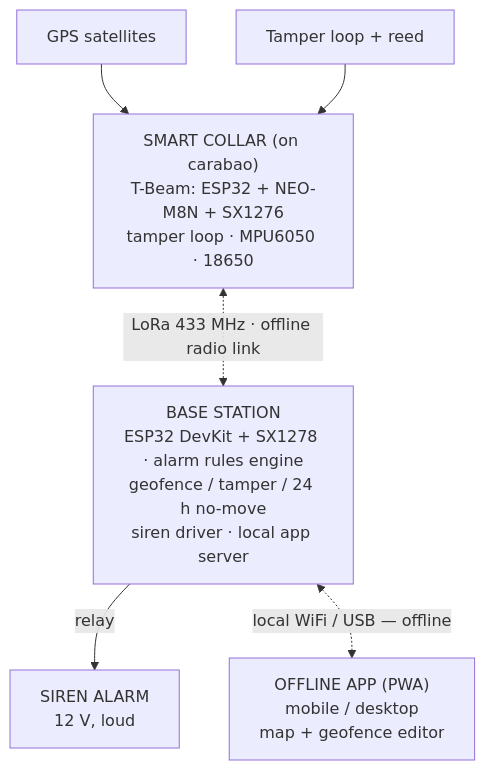
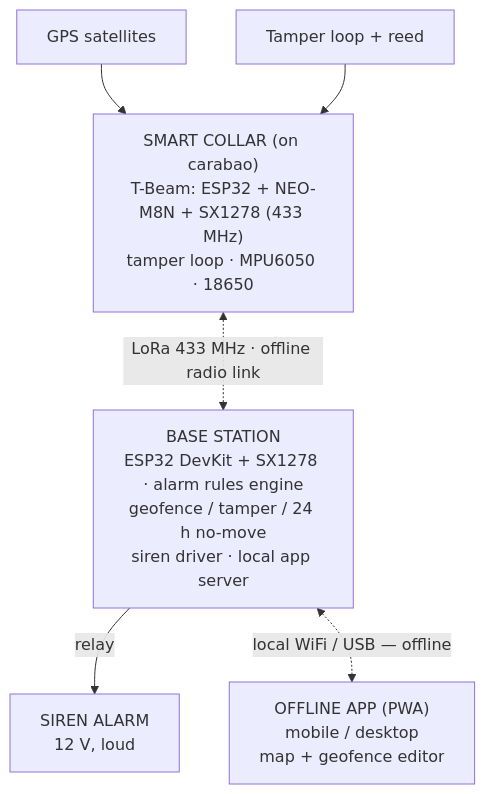
The diagram in README.md (qppd/smart-collar), drawn with Mermaid before and after one commit. The commit also changed 7 other files, not shown here.

First line of the commit message:
Fix T-Beam v2.x pin conflicts: hall GPIO34→13, loop drive GPIO4→25, radio SX1276→SX1278 (433 MHz)

````diff
--- a/README.md
+++ b/README.md
@@ -77,8 +77,8 @@
 ```mermaid
 flowchart TB
-    GPS["GPS satellites"] --> TBEAM["SMART COLLAR (on carabao)<br/>T-Beam: ESP32 + NEO-M8N + SX1276<br/>tamper loop · MPU6050 · 18650"]
+    GPS["GPS satellites"] --> TBEAM["SMART COLLAR (on carabao)<br/>T-Beam: ESP32 + NEO-M8N + SX1278 (433 MHz)<br/>tamper loop · MPU6050 · 18650"]
     LOOP["Tamper loop + reed"] --> TBEAM
     TBEAM <-. "LoRa 433 MHz · offline radio link" .-> BASE["BASE STATION<br/>ESP32 DevKit + SX1278 · alarm rules engine<br/>geofence / tamper / 24 h no-move<br/>siren driver · local app server"]
     BASE -- "relay" --> SIREN["SIREN ALARM<br/>12 V, loud"]
     BASE <-. "local WiFi / USB — offline" .-> APP["OFFLINE APP (PWA)<br/>mobile / desktop<br/>map + geofence editor"]
 ```
````
